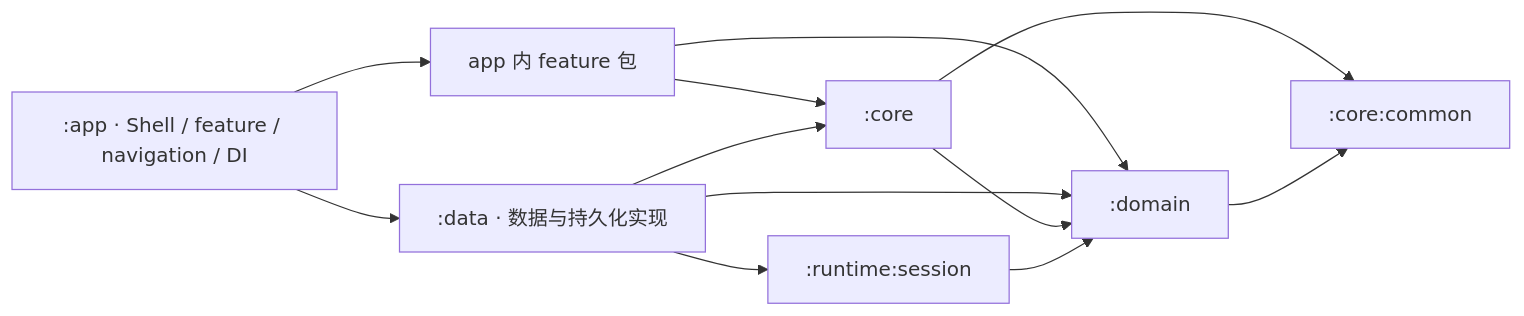
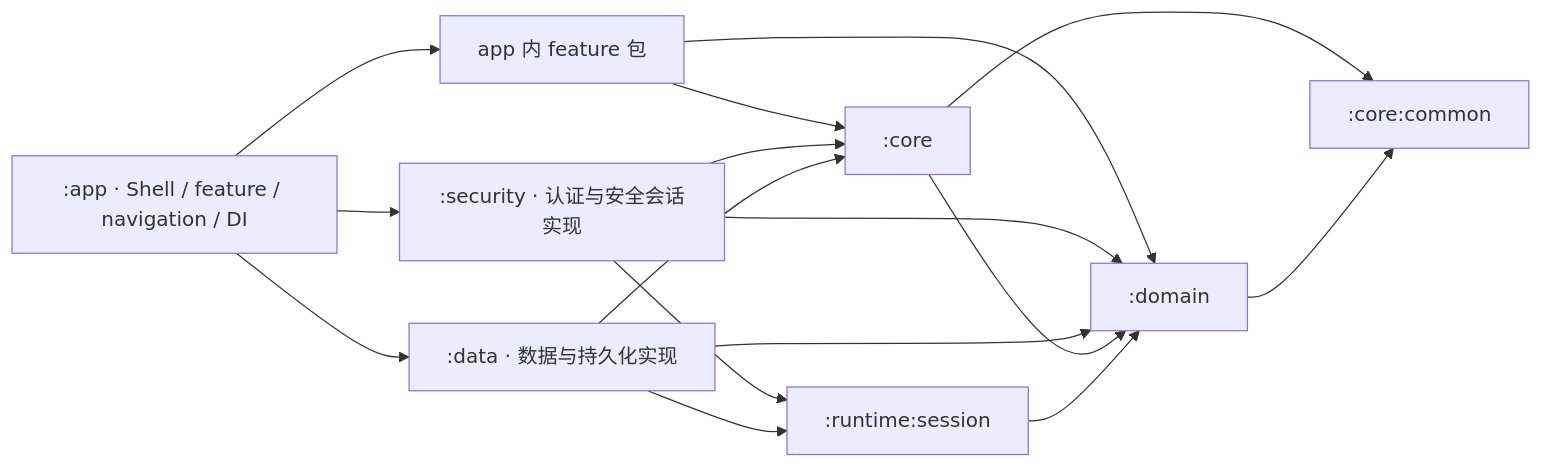
The first of 2 diagrams in docs/architecture/overview.md (aozijx/Passly), drawn with Mermaid before and after one commit. The commit also changed other lines of this file and 5 other files, not shown here.

````diff
--- a/docs/architecture/overview.md
+++ b/docs/architecture/overview.md
@@ -21,14 +23,18 @@
 ```mermaid
 flowchart LR
     APP[":app · Shell / feature / navigation / DI"] --> FEATURE["app 内 feature 包"]
     APP --> DATA[":data · 数据与持久化实现"]
+    APP --> SECURITY[":security · 认证与安全会话实现"]
     FEATURE --> CORE[":core"]
     FEATURE --> D[":domain"]
+    SECURITY --> SESSION
+    SECURITY --> CORE
+    SECURITY --> D
     DATA --> SESSION[":runtime:session"]
     DATA --> CORE
     DATA --> D
     CORE --> D
     CORE --> COMMON
     SESSION --> D
     D --> COMMON[":core:common"]
 ```
````
